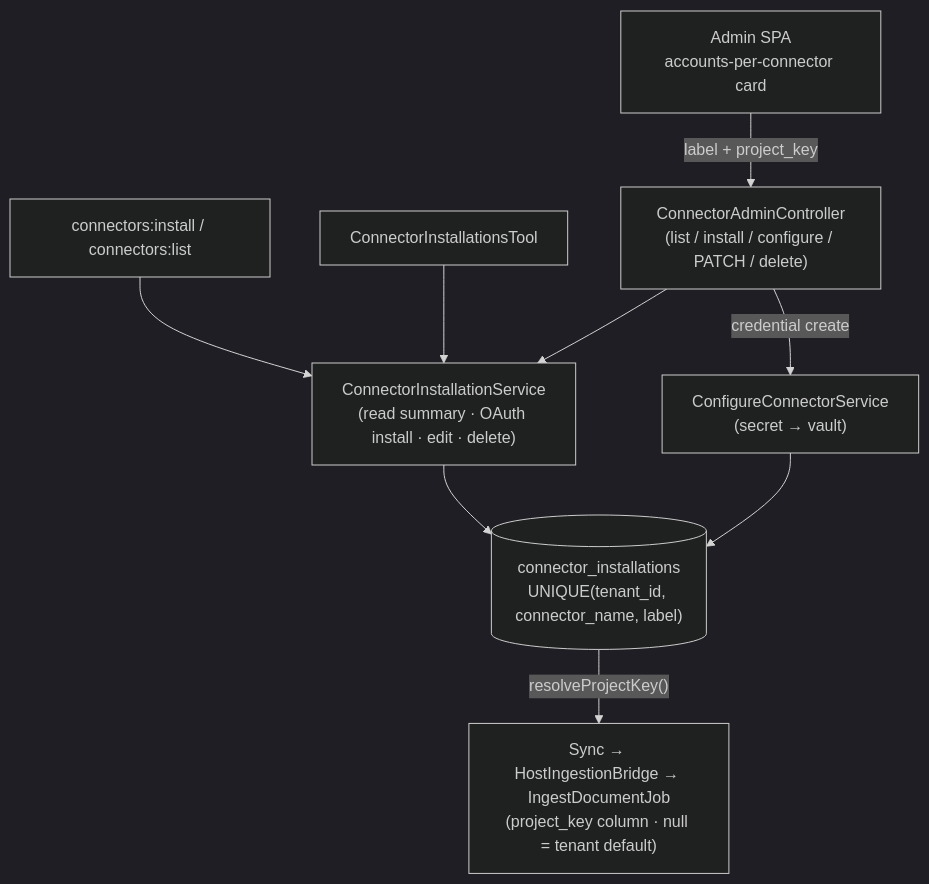
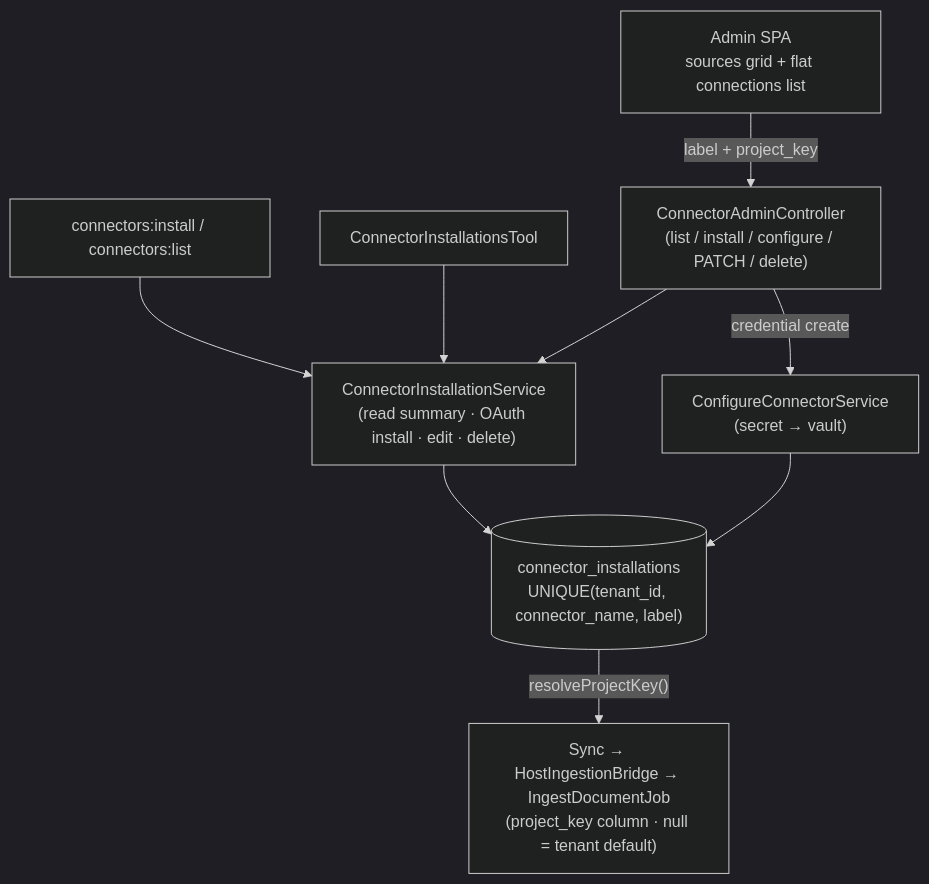
The diagram in docs-site/connectors-multi-account.mdx (lopadova/AskMyDocs), drawn with Mermaid (dark theme) before and after one commit. The commit also changed 43 other files, not shown here.

````diff
--- a/docs-site/connectors-multi-account.mdx
+++ b/docs-site/connectors-multi-account.mdx
@@ -43,11 +43,11 @@
 ```mermaid
 flowchart TD
-    UI["Admin SPA<br/>accounts-per-connector card"] -->|"label + project_key"| API
+    UI["Admin SPA<br/>sources grid + flat connections list"] -->|"label + project_key"| API
     CLI["connectors:install / connectors:list"] --> CORE
     MCP["ConnectorInstallationsTool"] --> CORE
     API["ConnectorAdminController<br/>(list / install / configure / PATCH / delete)"] --> CORE
     CORE["ConnectorInstallationService<br/>(read summary · OAuth install · edit · delete)"] --> M[("connector_installations<br/>UNIQUE(tenant_id, connector_name, label)")]
     API -->|credential create| CRED["ConfigureConnectorService<br/>(secret → vault)"]
     CRED --> M
     M -->|"resolveProjectKey()"| ING["Sync → HostIngestionBridge → IngestDocumentJob<br/>(project_key column · null = tenant default)"]
 ```
````
